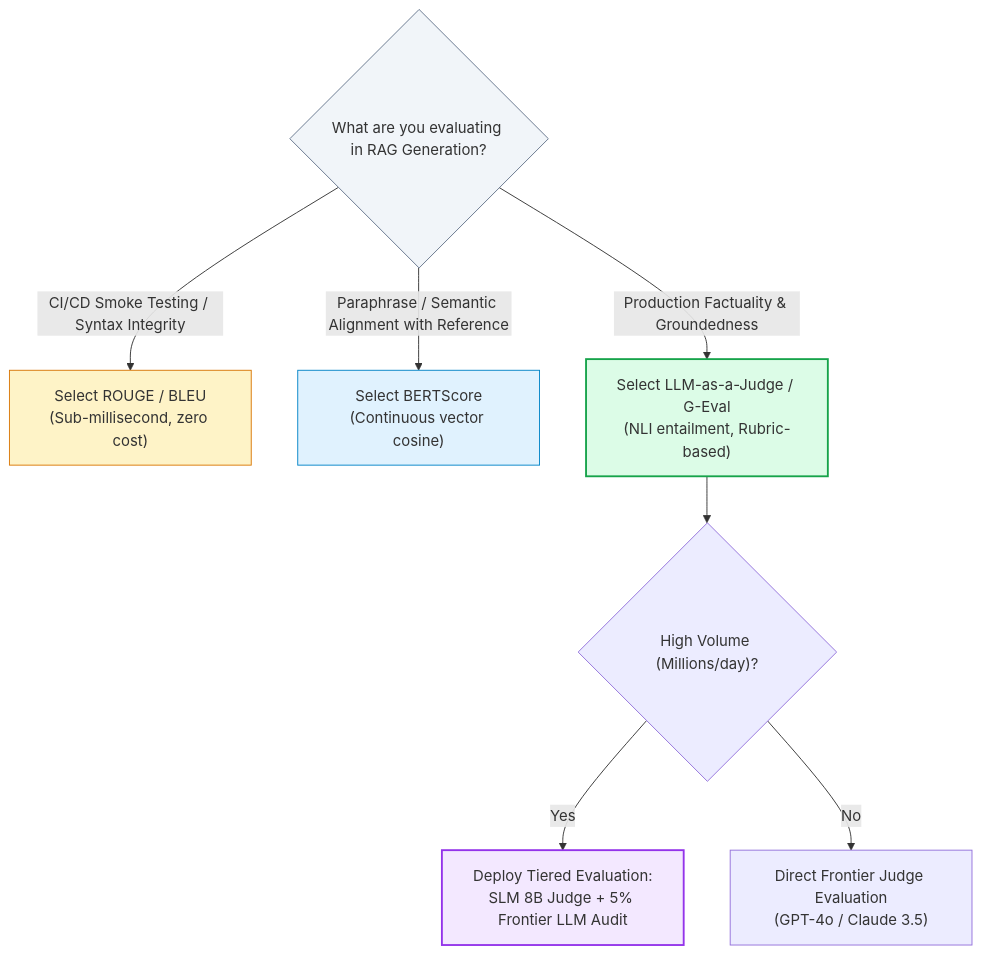
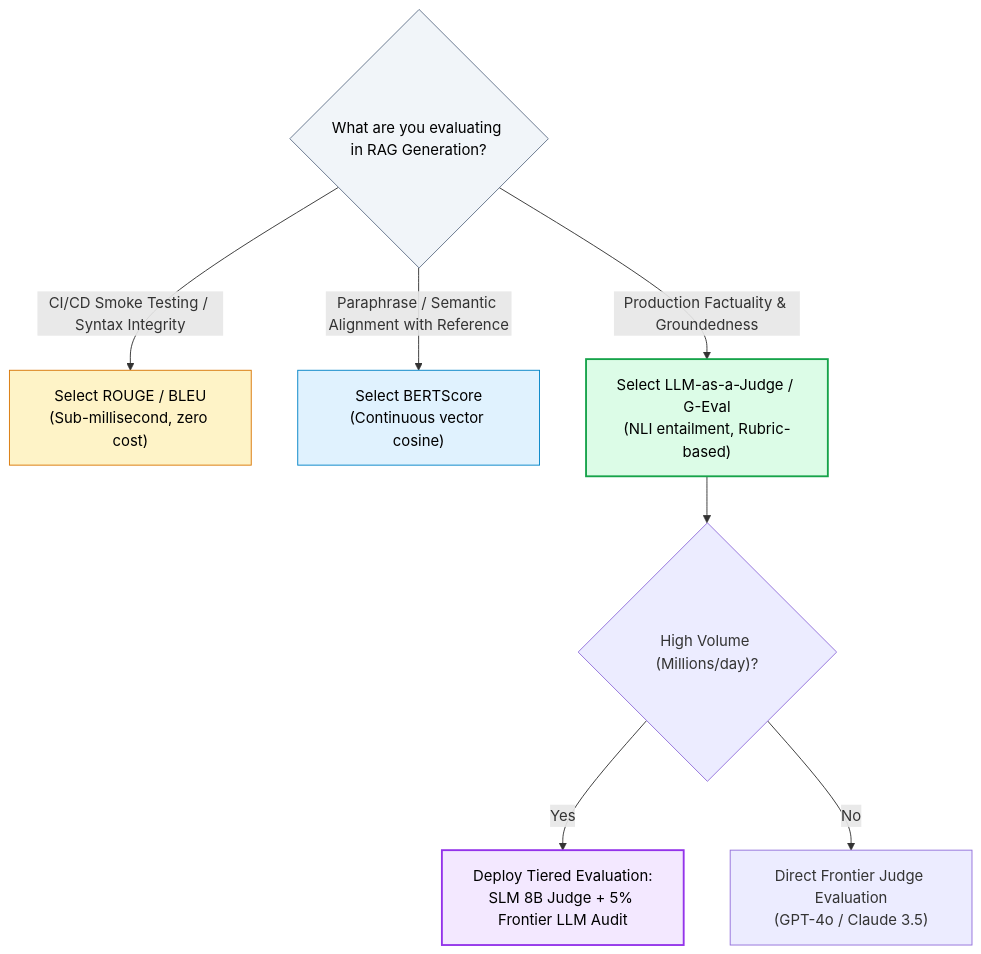
One commit to swapnil3104/RAG-Engineering changed the third of 3 diagrams in 08-RAG-Evaluation-and-Optimization/Generation-Metrics.md. Above: the diagram before and after it, drawn with Mermaid. The commit also changed other lines of this file and 108 other files, not shown here.

Commit message:
fix: make chart text visible across all Mermaid diagrams and resolve markdown table formatting issues

````diff
--- a/08-RAG-Evaluation-and-Optimization/Generation-Metrics.md
+++ b/08-RAG-Evaluation-and-Optimization/Generation-Metrics.md
@@ -476,18 +476,18 @@
 ```mermaid
 flowchart TD
     Start{What are you evaluating in RAG Generation?}
     
     Start -->|"CI/CD Smoke Testing / Syntax Integrity"| Fast["Select ROUGE / BLEU<br/>(Sub-millisecond, zero cost)"]
     Start -->|"Paraphrase / Semantic Alignment with Reference"| Sem["Select BERTScore<br/>(Continuous vector cosine)"]
     Start -->|"Production Factuality & Groundedness"| Judge["Select LLM-as-a-Judge / G-Eval<br/>(NLI entailment, Rubric-based)"]
 
     Judge --> ScaleCheck{"High Volume (Millions/day)?"}
     ScaleCheck -->|"Yes"| Tiered["Deploy Tiered Evaluation:<br/>SLM 8B Judge + 5% Frontier LLM Audit"]
     ScaleCheck -->|"No"| FullFrontier["Direct Frontier Judge Evaluation<br/>(GPT-4o / Claude 3.5)"]
 
-    style Start fill:#f1f5f9,stroke:#64748b
-    style Fast fill:#fef3c7,stroke:#d97706
-    style Sem fill:#e0f2fe,stroke:#0284c7
-    style Judge fill:#dcfce7,stroke:#16a34a,stroke-width:2px
-    style Tiered fill:#f3e8ff,stroke:#9333ea,stroke-width:2px
+    style Start fill:#f1f5f9,stroke:#64748b,color:#000000
+    style Fast fill:#fef3c7,stroke:#d97706,color:#000000
+    style Sem fill:#e0f2fe,stroke:#0284c7,color:#000000
+    style Judge fill:#dcfce7,stroke:#16a34a,stroke-width:2px,color:#000000
+    style Tiered fill:#f3e8ff,stroke:#9333ea,stroke-width:2px,color:#000000
 ```
````
